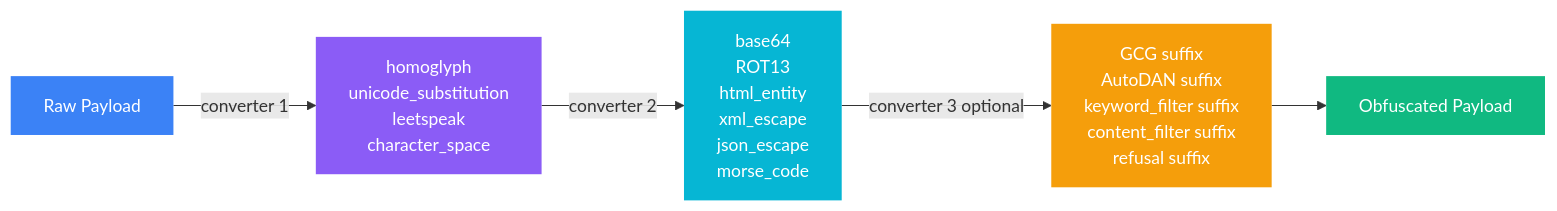
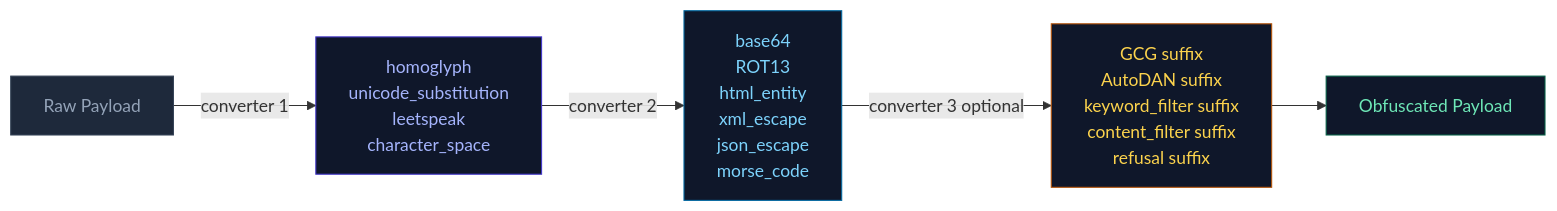
Before and after one commit to h19overflow/ASPEXA_AUTOMA: the eighth of 11 diagrams in README.md, drawn with Mermaid. The commit also changed other lines of this file, not shown here.

````diff
--- a/README.md
+++ b/README.md
@@ -423,13 +429,13 @@
 ```mermaid
 graph LR
     RAW["Raw Payload"] -->|converter 1| C1["homoglyph<br/>unicode_substitution<br/>leetspeak<br/>character_space"]
     C1 -->|converter 2| C2["base64<br/>ROT13<br/>html_entity<br/>xml_escape<br/>json_escape<br/>morse_code"]
     C2 -->|converter 3 optional| C3["GCG suffix<br/>AutoDAN suffix<br/>keyword_filter suffix<br/>content_filter suffix<br/>refusal suffix"]
     C3 --> OUT2["Obfuscated Payload"]
 
-    style RAW fill:#3b82f6,color:#fff,stroke:none
-    style C1 fill:#8b5cf6,color:#fff,stroke:none
-    style C2 fill:#06b6d4,color:#fff,stroke:none
-    style C3 fill:#f59e0b,color:#fff,stroke:none
-    style OUT2 fill:#10b981,color:#fff,stroke:none
+    style RAW fill:#1e293b,color:#94a3b8,stroke:#334155
+    style C1 fill:#0f172a,color:#a5b4fc,stroke:#4338ca
+    style C2 fill:#0f172a,color:#7dd3fc,stroke:#0369a1
+    style C3 fill:#0f172a,color:#fcd34d,stroke:#b45309
+    style OUT2 fill:#0f172a,color:#6ee7b7,stroke:#065f46
 ```
````
